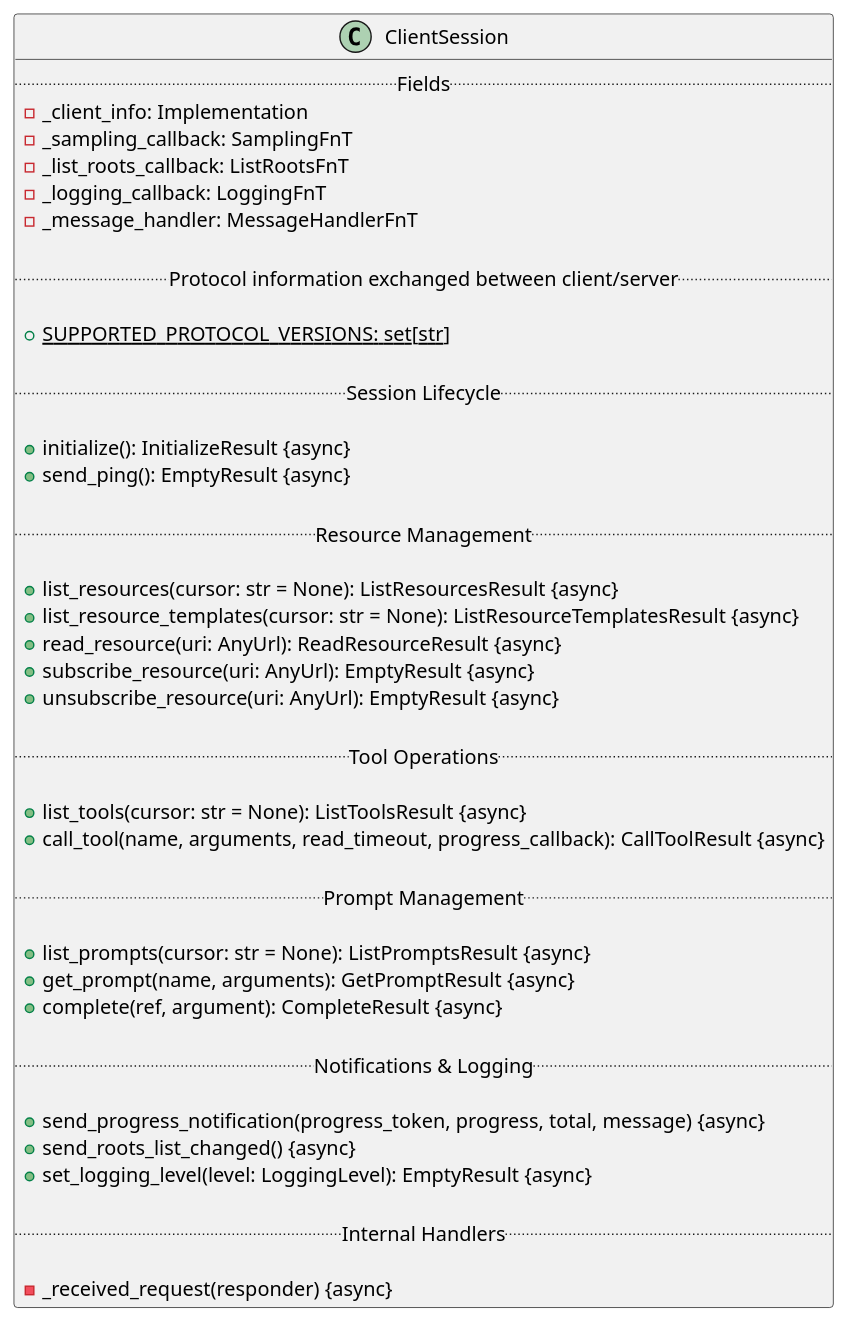
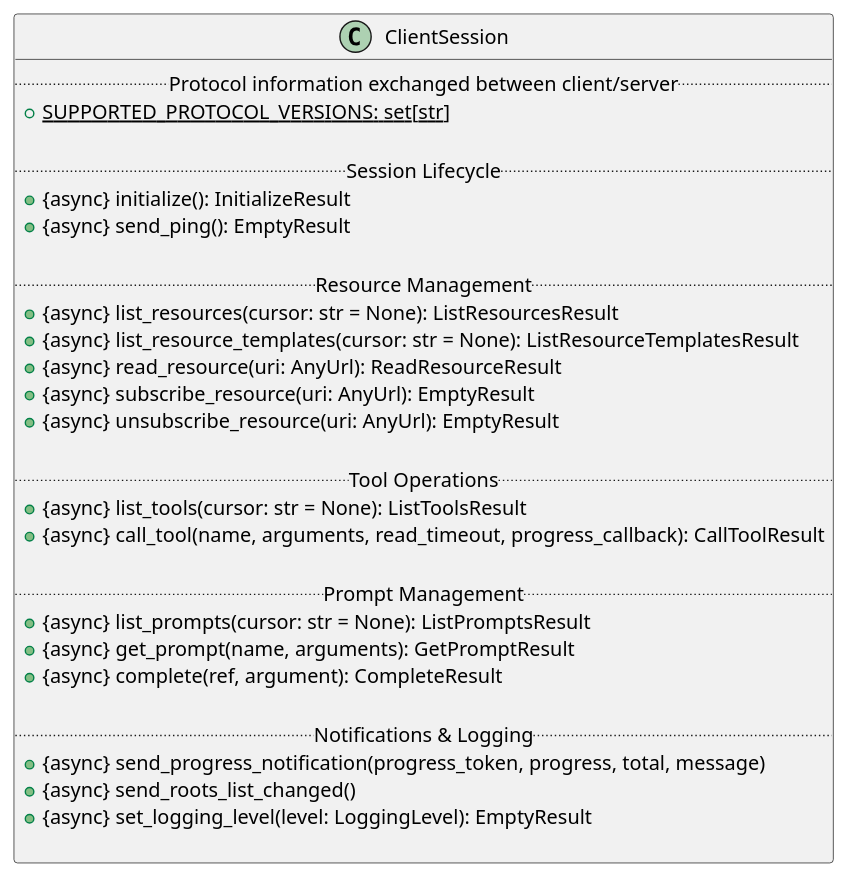
Before and after one commit to acloudfan/gen-ai-app-dev: the diagram in MCP/puml/client-session.puml, drawn with PlantUML. The commit also changed 18 other files, not shown here.

```diff
--- a/MCP/puml/client-session.puml
+++ b/MCP/puml/client-session.puml
@@ -1,68 +1,45 @@
-@startuml ClientSession
-
-' https://github.com/modelcontextprotocol/python-sdk/blob/main/src/mcp/client/session.py
-' DEFAULT_CLIENT_INFO = types.Implementation(name="mcp", version="0.1.0")
+@startuml
+' skinparam monochrome true
+' skinparam shadowing false
+' skinparam class {
+'     BackgroundColor #F5F5F5
+'     BorderColor #333
+'     FontColor #333
+'     ArrowColor #333
+' }
 
 class ClientSession {
-  .. Fields ..
-  - _client_info: Implementation
-  - _sampling_callback: SamplingFnT
-  - _list_roots_callback: ListRootsFnT
-  - _logging_callback: LoggingFnT
-  - _message_handler: MessageHandlerFnT
+    .. Protocol information exchanged between client/server ..
+    + {static} SUPPORTED_PROTOCOL_VERSIONS: set[str]
 
-  .. Protocol information exchanged between client/server ..
+    .. Session Lifecycle ..
+    + {async} initialize(): InitializeResult
+    + {async} send_ping(): EmptyResult
 
-  + {static} SUPPORTED_PROTOCOL_VERSIONS: set[str]
+    .. Resource Management ..
+    + {async} list_resources(cursor: str = None): ListResourcesResult
+    + {async} list_resource_templates(cursor: str = None): ListResourceTemplatesResult
+    + {async} read_resource(uri: AnyUrl): ReadResourceResult
+    + {async} subscribe_resource(uri: AnyUrl): EmptyResult
+    + {async} unsubscribe_resource(uri: AnyUrl): EmptyResult
 
-  .. Session Lifecycle ..
+    .. Tool Operations ..
+    + {async} list_tools(cursor: str = None): ListToolsResult
+    + {async} call_tool(name, arguments, read_timeout, progress_callback): CallToolResult
 
-  + initialize(): InitializeResult {async}
-  + send_ping(): EmptyResult {async}
+    .. Prompt Management ..
+    + {async} list_prompts(cursor: str = None): ListPromptsResult
+    + {async} get_prompt(name, arguments): GetPromptResult
+    + {async} complete(ref, argument): CompleteResult
 
-  .. Resource Management ..
+    .. Notifications & Logging ..
+    + {async} send_progress_notification(progress_token, progress, total, message)
+    + {async} send_roots_list_changed()
+    + {async} set_logging_level(level: LoggingLevel): EmptyResult
 
-  + list_resources(cursor: str = None): ListResourcesResult {async}
-  + list_resource_templates(cursor: str = None): ListResourceTemplatesResult {async}
-  + read_resource(uri: AnyUrl): ReadResourceResult {async}
-  + subscribe_resource(uri: AnyUrl): EmptyResult {async}
-  + unsubscribe_resource(uri: AnyUrl): EmptyResult {async}
-
-  .. Tool Operations ..
-
-  + list_tools(cursor: str = None): ListToolsResult {async}
-  + call_tool(name, arguments, read_timeout, progress_callback): CallToolResult {async}
-
-  .. Prompt Management ..
-
-  + list_prompts(cursor: str = None): ListPromptsResult {async}
-  + get_prompt(name, arguments): GetPromptResult {async}
-  + complete(ref, argument): CompleteResult {async}
-
-  .. Notifications & Logging ..
-
-  + send_progress_notification(progress_token, progress, total, message) {async}
-  + send_roots_list_changed() {async}
-  + set_logging_level(level: LoggingLevel): EmptyResult {async}
-
-  .. Internal Handlers ..
-
-  - _received_request(responder) {async}
+    ' .. Internal Handlers ..
+    ' - {async} _received_request(responder)
 }
 
-' -- Inheritance and Relationships --
-' ClientSession --|> BaseSession
-' ClientSession --> "uses" ClientRequest
-' ClientSession --> "uses" ClientNotification
-' ClientSession --> "uses" ServerRequest
-' ClientSession --> "uses" ServerNotification
-
-' note top of ClientSession
-'   MCP Client Session Implementation
-'   Handles protocol communication and
-'   manages client-server interactions
-'   .................. Class diagram version info .........................
-'   DEFAULT_CLIENT_INFO = types.Implementation(name="mcp", version="0.1.0")
-' end note
 
 @enduml
```
